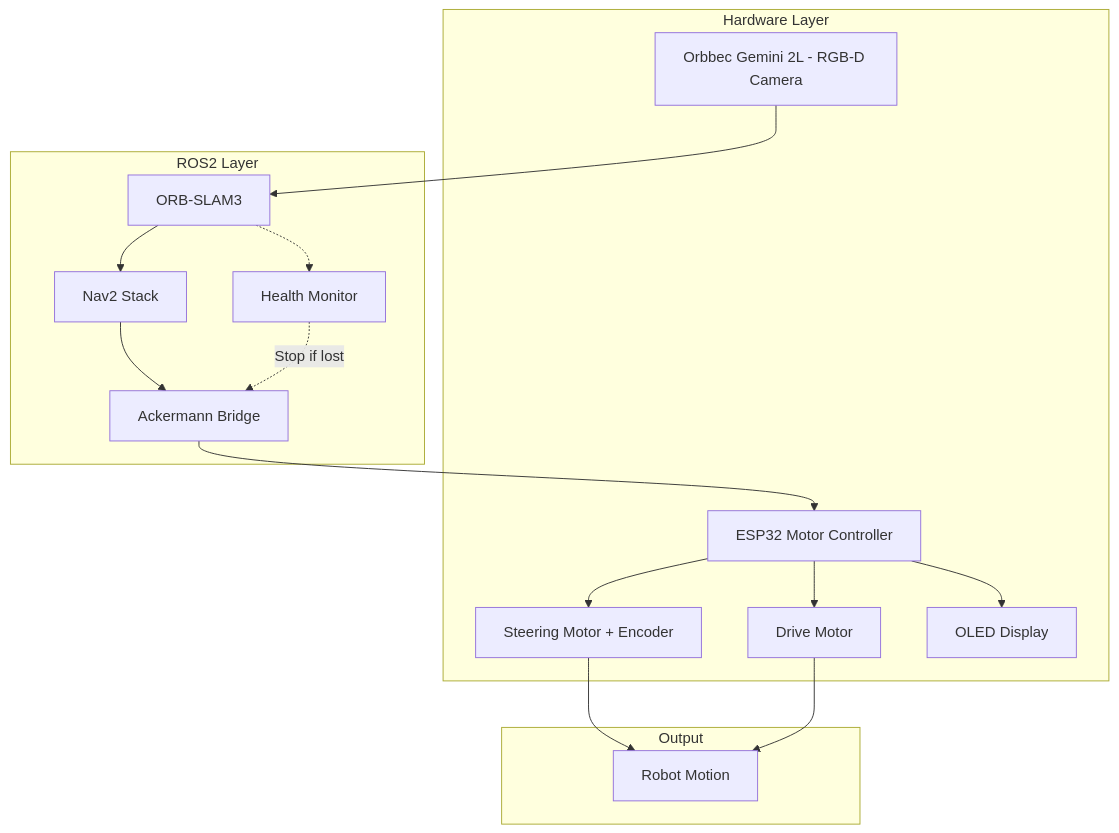
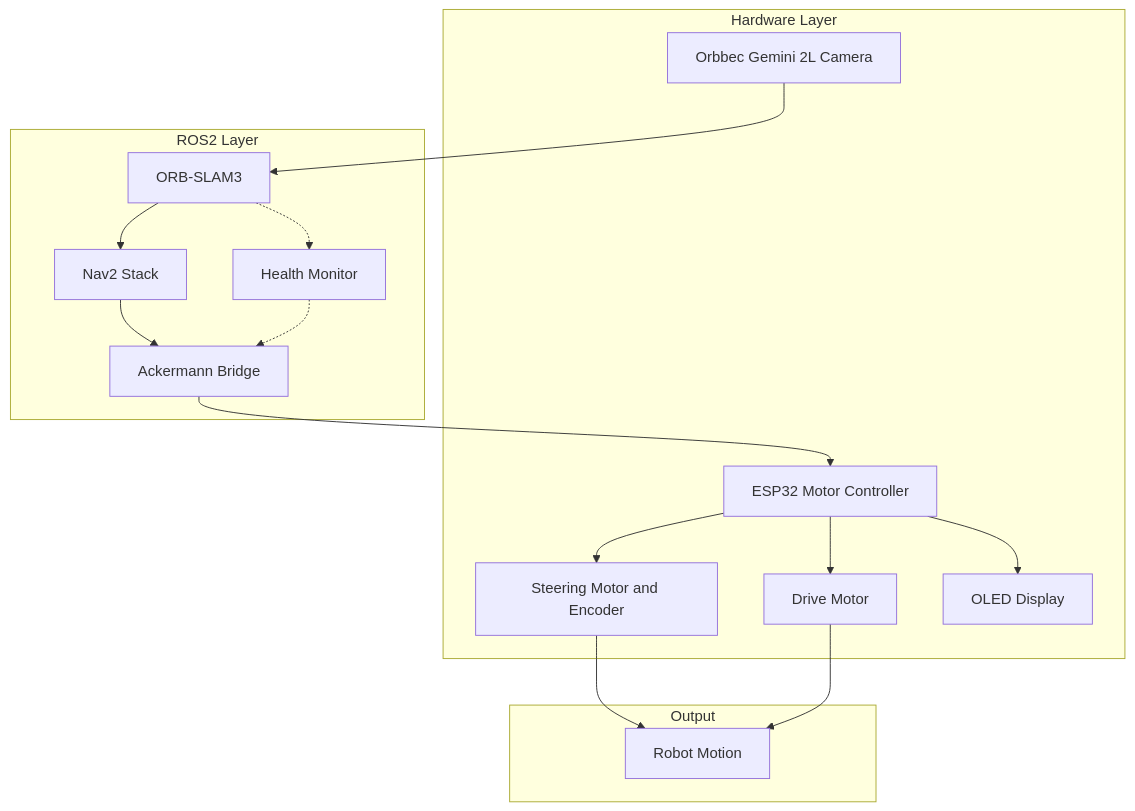
The first of 13 diagrams in SYSTEM_DOCUMENTATION.md (KashmeeraTT/Ackerman_UGV), drawn with Mermaid before and after one commit. The commit also changed other lines of this file, not shown here.

Commit message:
docs: Refine system documentation diagrams and descriptions for clarity and conciseness.

````diff
--- a/SYSTEM_DOCUMENTATION.md
+++ b/SYSTEM_DOCUMENTATION.md
@@ -33,33 +33,33 @@
 ```mermaid
 graph TB
     subgraph HW[Hardware Layer]
-        CAM[Orbbec Gemini 2L - RGB-D Camera]
+        CAM[Orbbec Gemini 2L Camera]
         ESP[ESP32 Motor Controller]
-        STEER[Steering Motor + Encoder]
+        STEER[Steering Motor and Encoder]
         DRIVE[Drive Motor]
         OLED[OLED Display]
     end
     
     subgraph ROS[ROS2 Layer]
         VSLAM[ORB-SLAM3]
         NAV[Nav2 Stack]
         BRIDGE[Ackermann Bridge]
         HEALTH[Health Monitor]
     end
     
     subgraph OUT[Output]
         MOTION[Robot Motion]
     end
     
     CAM --> VSLAM
     VSLAM --> NAV
     NAV --> BRIDGE
     BRIDGE --> ESP
     ESP --> STEER
     ESP --> DRIVE
     STEER --> MOTION
     DRIVE --> MOTION
     ESP --> OLED
     VSLAM -.-> HEALTH
-    HEALTH -.->|Stop if lost| BRIDGE
+    HEALTH -.-> BRIDGE
 ```
````
